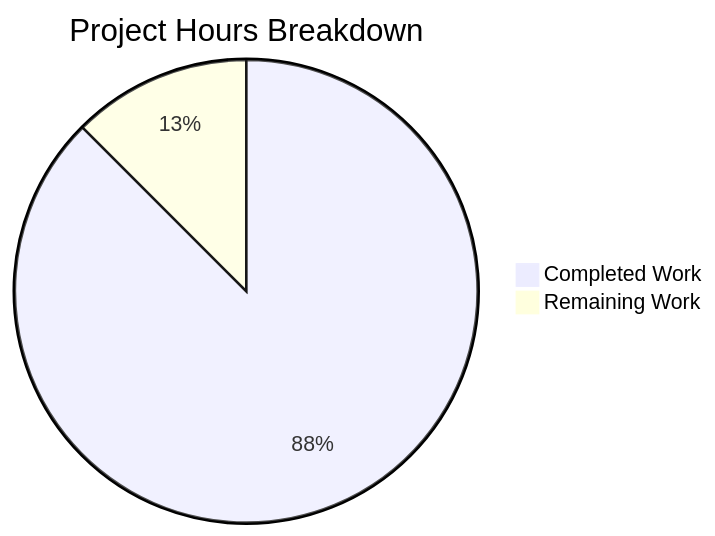
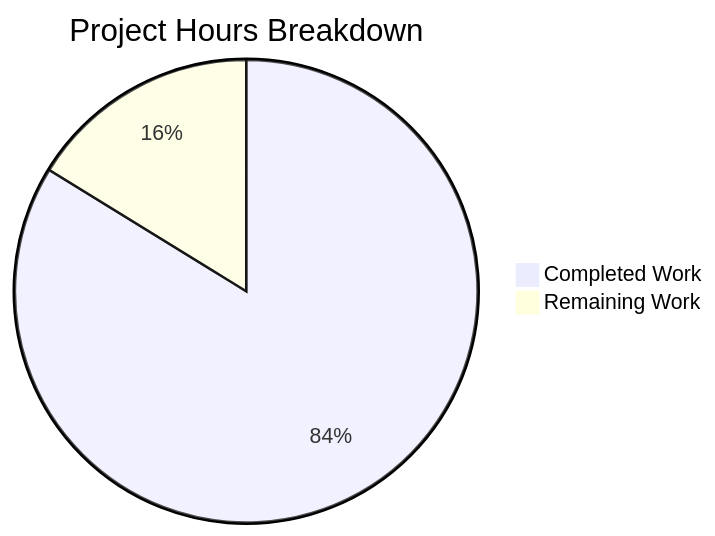
The diagram in blitzy/documentation/Project Guide.md (hardik-blitzy/react-weather-app), drawn with Mermaid before and after one commit. The commit also changed other lines of this file, not shown here.

Commit message:
Adding Blitzy Project Guide: Project Status and Human Tasks Remaining

````diff
--- a/blitzy/documentation/Project Guide.md
+++ b/blitzy/documentation/Project Guide.md
@@ -68,5 +91,5 @@
 ```mermaid
 pie title Project Hours Breakdown
-    "Completed Work" : 28
-    "Remaining Work" : 4
+    "Completed Work" : 31
+    "Remaining Work" : 6
 ```
````
